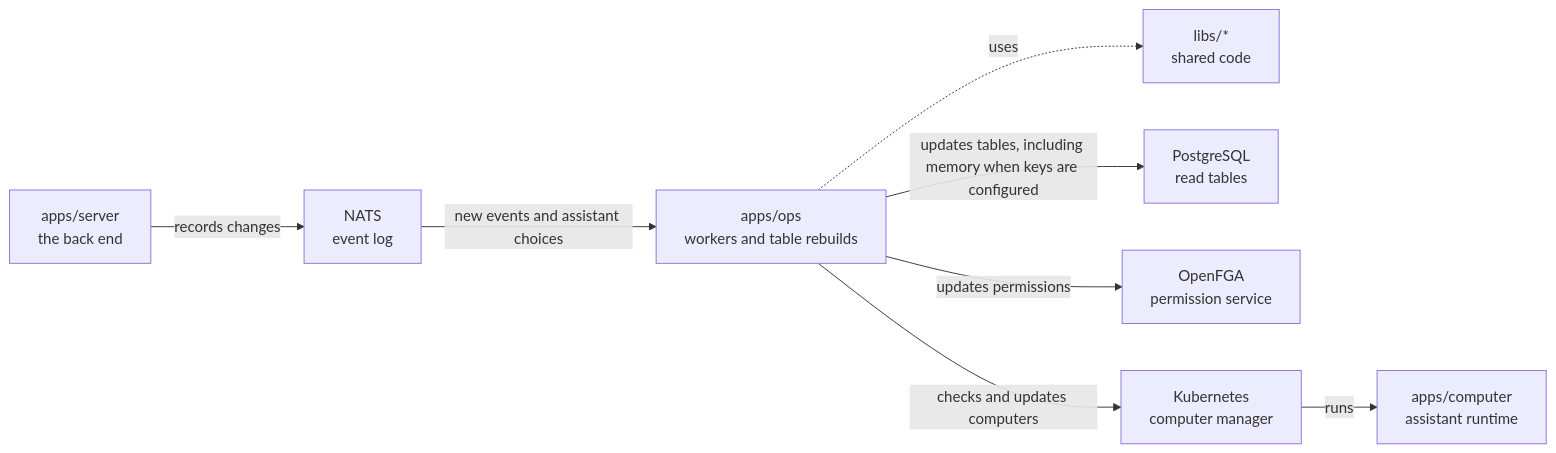
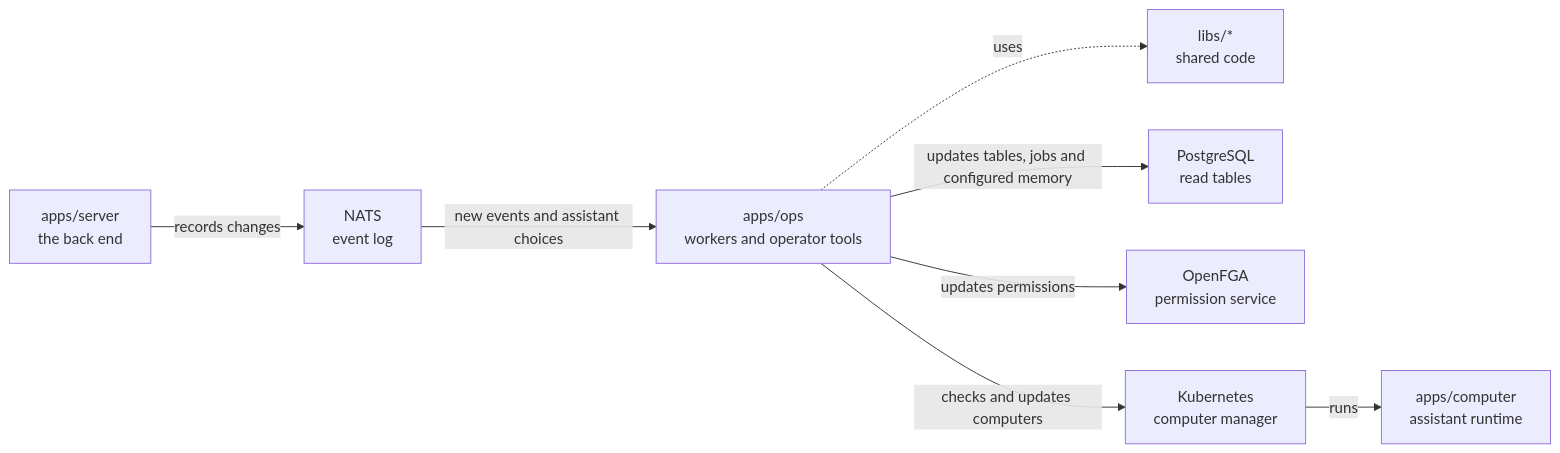
Before and after one commit to elewa-git/opencrane-new: the diagram in apps/ops/README.md, drawn with Mermaid. The commit also changed other lines of this file and 40 other files, not shown here.

````diff
--- a/apps/ops/README.md
+++ b/apps/ops/README.md
@@ -11,10 +11,10 @@
 ```mermaid
 flowchart LR
   server["apps/server<br/>the back end"] -->|records changes| nats["NATS<br/>event log"]
-  nats -->|new events and assistant choices| ops["apps/ops<br/>workers and table rebuilds"]
+  nats -->|new events and assistant choices| ops["apps/ops<br/>workers and operator tools"]
   ops -.->|uses| libs["libs/*<br/>shared code"]
-  ops -->|updates tables, including memory when keys are configured| postgres["PostgreSQL<br/>read tables"]
+  ops -->|updates tables, jobs and configured memory| postgres["PostgreSQL<br/>read tables"]
   ops -->|updates permissions| fga["OpenFGA<br/>permission service"]
   ops -->|checks and updates computers| kube["Kubernetes<br/>computer manager"]
   kube -->|runs| computer["apps/computer<br/>assistant runtime"]
 ```
````
